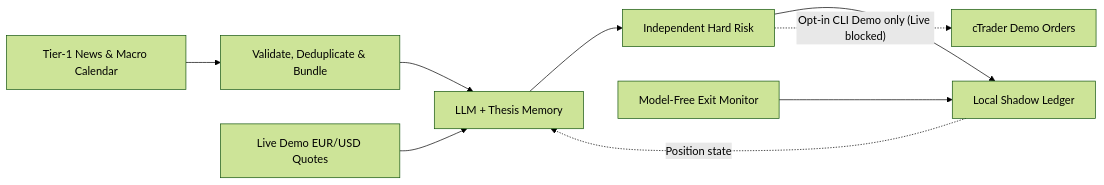
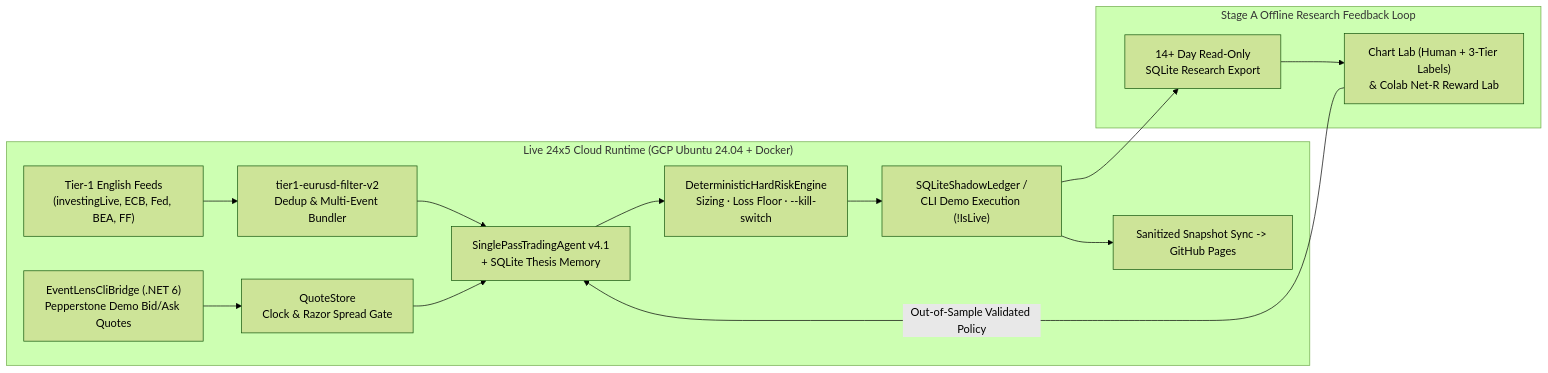
Before and after one commit to lohis-aimbot/eventlens: the diagram in README.md, drawn with Mermaid (forest theme). The commit also changed other lines of this file and 4 other files, not shown here.

````diff
--- a/README.md
+++ b/README.md
@@ -77,11 +59,18 @@
 ```mermaid
 flowchart LR
-    Feed["Tier-1 News & Macro Calendar"] --> Bundle["Validate, Deduplicate & Bundle"]
-    Quotes["Live Demo EUR/USD Quotes"] --> Agent["LLM + Thesis Memory"]
-    Bundle --> Agent
-    Agent --> Risk["Independent Hard Risk"]
-    Risk --> Ledger["Local Shadow Ledger"]
-    Monitor["Model-Free Exit Monitor"] --> Ledger
-    Ledger -. "Position state" .-> Agent
-    Risk -. "Opt-in CLI Demo only (Live blocked)" .-> Broker["cTrader Demo Orders"]
+    subgraph LiveRuntime["Live 24x5 Cloud Runtime (GCP Ubuntu 24.04 + Docker)"]
+        News["Tier-1 English Feeds<br/>(investingLive, ECB, Fed, BEA, FF)"] --> Filter["tier1-eurusd-filter-v2<br/>Dedup & Multi-Event Bundler"]
+        Bridge["EventLensCliBridge (.NET 6)<br/>Pepperstone Demo Bid/Ask Quotes"] --> Quotes["QuoteStore<br/>Clock & Razor Spread Gate"]
+        Filter --> Agent["SinglePassTradingAgent v4.1<br/>+ SQLite Thesis Memory"]
+        Quotes --> Agent
+        Agent --> Risk["DeterministicHardRiskEngine<br/>Sizing · Loss Floor · --kill-switch"]
+        Risk --> Ledger["SQLiteShadowLedger /<br/>CLI Demo Execution (!IsLive)"]
+        Ledger --> Dash["Sanitized Snapshot Sync -> GitHub Pages"]
+    end
+
+    subgraph StageALab["Stage A Offline Research Feedback Loop"]
+        Ledger --> Export["14+ Day Read-Only<br/>SQLite Research Export"]
+        Export --> Lab["Chart Lab (Human + 3-Tier Labels)<br/>& Colab Net-R Reward Lab"]
+        Lab -->|"Out-of-Sample Validated Policy"| Agent
+    end
 ```
````
